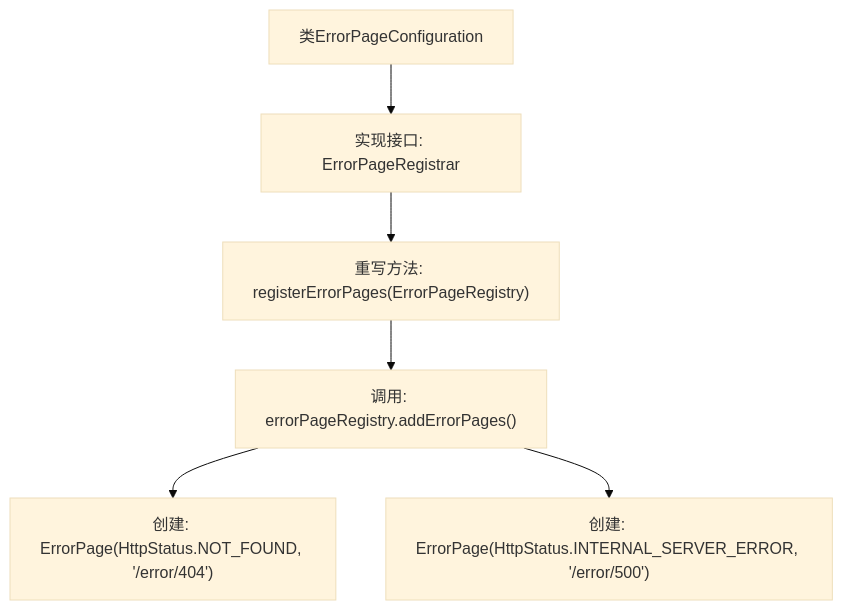
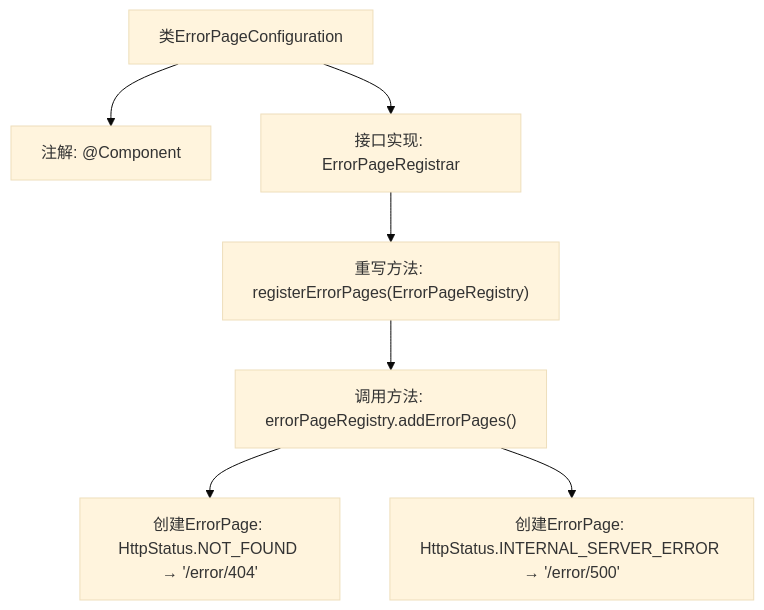
One commit to v-wjrong/binary_weixin-java-miniapp-demo changed the second of 2 diagrams in docs/zh/docs/src/main/java/com/github/binarywang/demo/wx/miniapp/error/ErrorPageConfiguration.md. Above: the diagram before and after it, drawn with Mermaid (base theme). The commit also changed other lines of this file and 50 other files, not shown here.

````diff
--- a/docs/zh/docs/src/main/java/com/github/binarywang/demo/wx/miniapp/error/ErrorPageConfiguration.md
+++ b/docs/zh/docs/src/main/java/com/github/binarywang/demo/wx/miniapp/error/ErrorPageConfiguration.md
@@ -68,15 +69,17 @@
 ```mermaid
 graph TD
     A["类ErrorPageConfiguration"]
-    B["实现接口: ErrorPageRegistrar"]
-    C["重写方法: registerErrorPages(ErrorPageRegistry)"]
-    D["调用: errorPageRegistry.addErrorPages()"]
-    E["创建: ErrorPage(HttpStatus.NOT_FOUND, '/error/404')"]
-    F["创建: ErrorPage(HttpStatus.INTERNAL_SERVER_ERROR, '/error/500')"]
+    B["注解: @Component"]
+    C["接口实现: ErrorPageRegistrar"]
+    D["重写方法: registerErrorPages(ErrorPageRegistry)"]
+    E["调用方法: errorPageRegistry.addErrorPages()"]
+    F["创建ErrorPage: HttpStatus.NOT_FOUND → '/error/404'"]
+    G["创建ErrorPage: HttpStatus.INTERNAL_SERVER_ERROR → '/error/500'"]
 
     A --> B
-    B --> C
+    A --> C
     C --> D
     D --> E
-    D --> F
+    E --> F
+    E --> G
 ```
````
